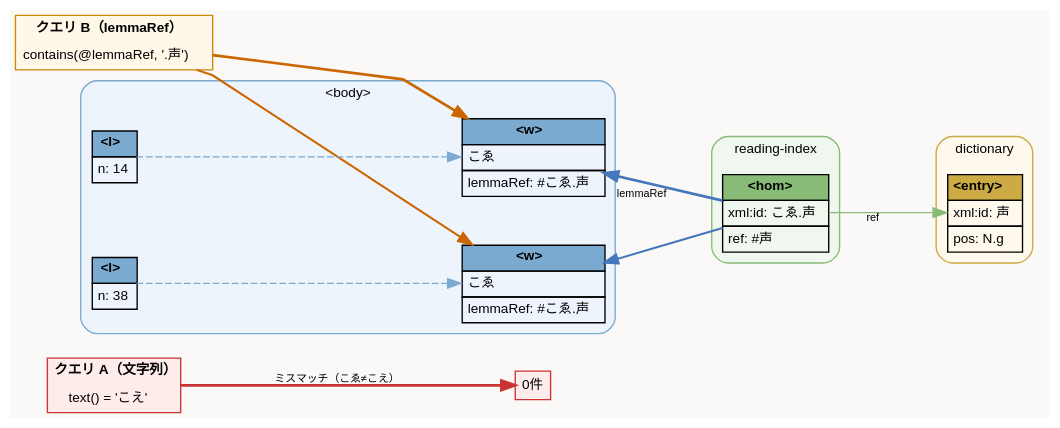
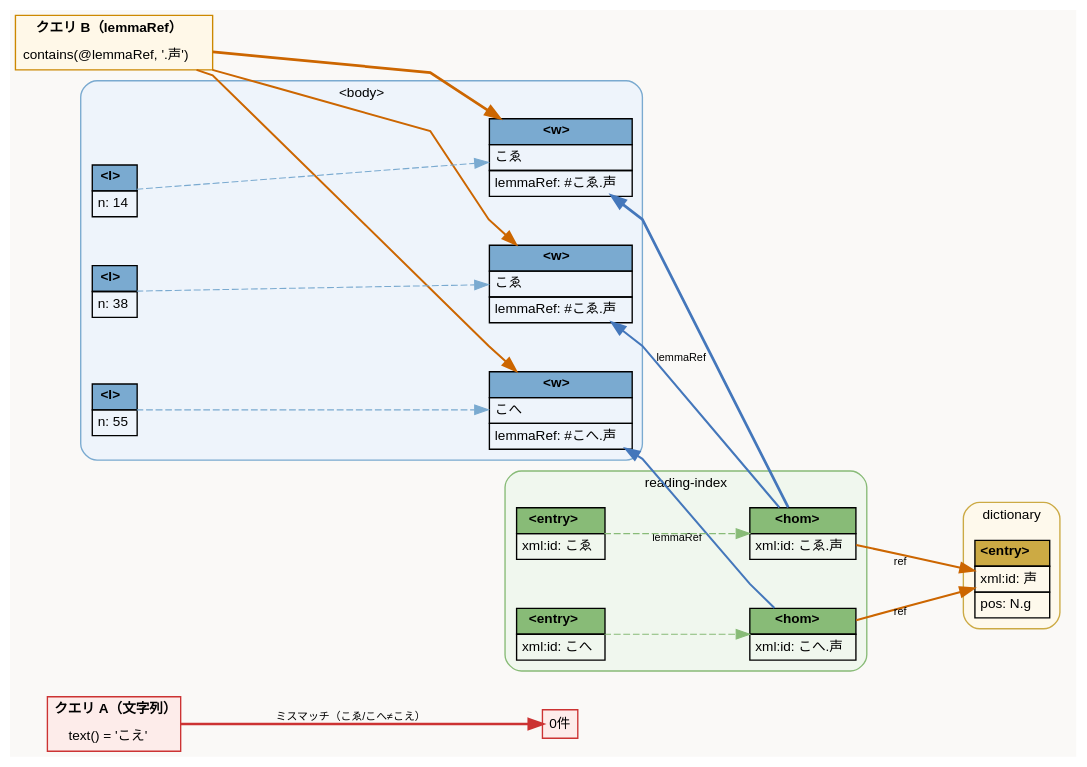
Before and after one commit to idiig/kokin-tei-merge: the diagram in docs/search-ex4.dot, drawn with Graphviz. The commit also changed 1 other file, not shown here.

Commit message:
docs(search): Enhance search example diagram with kohe homonym and entry
Add new nodes for l3, w3, ri_kowe, hom_kowe, ri_kohe, and hom_kohe
to illustrate additional homonym references and reading index
entries. Update paths and labels to reflect expanded query matching
logic. The SVG is regenerated accordingly.

```diff
--- a/docs/search-ex4.dot
+++ b/docs/search-ex4.dot
@@ -1,106 +1,138 @@
 digraph search_kanazukai {
   graph [
     rankdir=LR
     fontname="Helvetica"
     bgcolor="#faf9f7"
     splines=polyline
     nodesep=0.5
     ranksep=1.2
     newrank=true
   ]
   node [fontname="Helvetica" fontsize=10 shape=plain]
   edge [fontname="Helvetica" fontsize=8 color="#aaaaaa" penwidth=0.8]
 
   /* ── query A: string search (fails) ── */
   query_str [label=<<TABLE BORDER="1" CELLBORDER="0" CELLSPACING="0" CELLPADDING="4" BGCOLOR="#fdecea" COLOR="#cc3333">
     <TR><TD><B>クエリ A（文字列）</B></TD></TR>
     <TR><TD>text() = 'こえ'</TD></TR>
   </TABLE>>]
 
   no_result [label=<<TABLE BORDER="1" CELLBORDER="0" CELLSPACING="0" CELLPADDING="4" BGCOLOR="#fdecea" COLOR="#cc3333">
     <TR><TD>0件</TD></TR>
   </TABLE>>]
 
   /* ── query B: lemmaRef search (succeeds) ── */
   query_lemma [label=<<TABLE BORDER="1" CELLBORDER="0" CELLSPACING="0" CELLPADDING="4" BGCOLOR="#fff8e8" COLOR="#cc8800">
     <TR><TD><B>クエリ B（lemmaRef）</B></TD></TR>
     <TR><TD>contains(@lemmaRef, '.声')</TD></TR>
   </TABLE>>]
 
   /* ── dictionary ── */
   subgraph cluster_dict {
     label="dictionary"
     style="filled,rounded"
     fillcolor="#fef9ec"
     color="#ccaa44"
     fontname="Helvetica"
     fontsize=10
 
     e_koe [label=<<TABLE BORDER="0" CELLBORDER="1" CELLSPACING="0" CELLPADDING="3">
       <TR><TD BGCOLOR="#ccaa44"><B>&lt;entry&gt;</B></TD></TR>
       <TR><TD ALIGN="LEFT">xml:id: 声</TD></TR>
       <TR><TD ALIGN="LEFT">pos: N.g</TD></TR>
     </TABLE>>]
   }
 
   /* ── body ── */
   subgraph cluster_body {
     label="&lt;body&gt;"
     style="filled,rounded"
     fillcolor="#eef4fb"
     color="#7aaad0"
     fontname="Helvetica"
     fontsize=10
 
     l1 [label=<<TABLE BORDER="0" CELLBORDER="1" CELLSPACING="0" CELLPADDING="3">
       <TR><TD BGCOLOR="#7aaad0"><B>&lt;l&gt;</B></TD></TR>
       <TR><TD ALIGN="LEFT">n: 14</TD></TR>
     </TABLE>>]
 
     w1 [label=<<TABLE BORDER="0" CELLBORDER="1" CELLSPACING="0" CELLPADDING="3">
       <TR><TD BGCOLOR="#7aaad0"><B>&lt;w&gt;</B></TD></TR>
       <TR><TD ALIGN="LEFT">こゑ</TD></TR>
       <TR><TD ALIGN="LEFT">lemmaRef: #こゑ.声</TD></TR>
     </TABLE>>]
 
     l2 [label=<<TABLE BORDER="0" CELLBORDER="1" CELLSPACING="0" CELLPADDING="3">
       <TR><TD BGCOLOR="#7aaad0"><B>&lt;l&gt;</B></TD></TR>
       <TR><TD ALIGN="LEFT">n: 38</TD></TR>
     </TABLE>>]
 
     w2 [label=<<TABLE BORDER="0" CELLBORDER="1" CELLSPACING="0" CELLPADDING="3">
       <TR><TD BGCOLOR="#7aaad0"><B>&lt;w&gt;</B></TD></TR>
       <TR><TD ALIGN="LEFT">こゑ</TD></TR>
       <TR><TD ALIGN="LEFT">lemmaRef: #こゑ.声</TD></TR>
     </TABLE>>]
 
+    l3 [label=<<TABLE BORDER="0" CELLBORDER="1" CELLSPACING="0" CELLPADDING="3">
+      <TR><TD BGCOLOR="#7aaad0"><B>&lt;l&gt;</B></TD></TR>
+      <TR><TD ALIGN="LEFT">n: 55</TD></TR>
+    </TABLE>>]
+
+    w3 [label=<<TABLE BORDER="0" CELLBORDER="1" CELLSPACING="0" CELLPADDING="3">
+      <TR><TD BGCOLOR="#7aaad0"><B>&lt;w&gt;</B></TD></TR>
+      <TR><TD ALIGN="LEFT">こへ</TD></TR>
+      <TR><TD ALIGN="LEFT">lemmaRef: #こへ.声</TD></TR>
+    </TABLE>>]
+
     l1 -> w1 [style=dashed color="#7aaad0"]
     l2 -> w2 [style=dashed color="#7aaad0"]
+    l3 -> w3 [style=dashed color="#7aaad0"]
   }
 
   /* ── reading-index ── */
   subgraph cluster_ri {
     label="reading-index"
     style="filled,rounded"
     fillcolor="#f0f7ee"
     color="#88bb77"
     fontname="Helvetica"
     fontsize=10
 
-    hom_koe [label=<<TABLE BORDER="0" CELLBORDER="1" CELLSPACING="0" CELLPADDING="3">
+    ri_kowe [label=<<TABLE BORDER="0" CELLBORDER="1" CELLSPACING="0" CELLPADDING="3">
+      <TR><TD BGCOLOR="#88bb77"><B>&lt;entry&gt;</B></TD></TR>
+      <TR><TD ALIGN="LEFT">xml:id: こゑ</TD></TR>
+    </TABLE>>]
+
+    hom_kowe [label=<<TABLE BORDER="0" CELLBORDER="1" CELLSPACING="0" CELLPADDING="3">
       <TR><TD BGCOLOR="#88bb77"><B>&lt;hom&gt;</B></TD></TR>
       <TR><TD ALIGN="LEFT">xml:id: こゑ.声</TD></TR>
-      <TR><TD ALIGN="LEFT">ref: #声</TD></TR>
     </TABLE>>]
+
+    ri_kohe [label=<<TABLE BORDER="0" CELLBORDER="1" CELLSPACING="0" CELLPADDING="3">
+      <TR><TD BGCOLOR="#88bb77"><B>&lt;entry&gt;</B></TD></TR>
+      <TR><TD ALIGN="LEFT">xml:id: こへ</TD></TR>
+    </TABLE>>]
+
+    hom_kohe [label=<<TABLE BORDER="0" CELLBORDER="1" CELLSPACING="0" CELLPADDING="3">
+      <TR><TD BGCOLOR="#88bb77"><B>&lt;hom&gt;</B></TD></TR>
+      <TR><TD ALIGN="LEFT">xml:id: こへ.声</TD></TR>
+    </TABLE>>]
+
+    ri_kowe -> hom_kowe [style=dashed color="#88bb77"]
+    ri_kohe -> hom_kohe [style=dashed color="#88bb77"]
   }
 
   /* ── path A: fails ── */
-  query_str -> no_result [style=bold penwidth=2 color="#cc3333" label="ミスマッチ（こゑ≠こえ）"]
+  query_str -> no_result [style=bold penwidth=2 color="#cc3333" label="ミスマッチ（こゑ/こへ≠こえ）"]
 
   /* ── path B: succeeds ── */
   query_lemma -> w1       [style=bold penwidth=2 color="#cc6600"]
   query_lemma -> w2       [style=bold penwidth=1.5 color="#cc6600"]
-  w1          -> hom_koe  [xlabel="lemmaRef" style=bold penwidth=2 color="#4477bb" dir=back]
-  w2          -> hom_koe  [style=bold penwidth=1.5 color="#4477bb" dir=back]
-  hom_koe     -> e_koe    [xlabel="ref" penwidth=1 color="#88bb77"]
+  query_lemma -> w3       [style=bold penwidth=1.5 color="#cc6600"]
+  w1          -> hom_kowe [xlabel="lemmaRef" style=bold penwidth=2 color="#4477bb" dir=back]
+  w2          -> hom_kowe [style=bold penwidth=1.5 color="#4477bb" dir=back]
+  w3          -> hom_kohe [xlabel="lemmaRef" style=bold penwidth=1.5 color="#4477bb" dir=back]
+  hom_kowe    -> e_koe    [xlabel="ref" penwidth=1.5 color="#cc6600" style=bold]
+  hom_kohe    -> e_koe    [xlabel="ref" penwidth=1.5 color="#cc6600" style=bold]
 }
```
